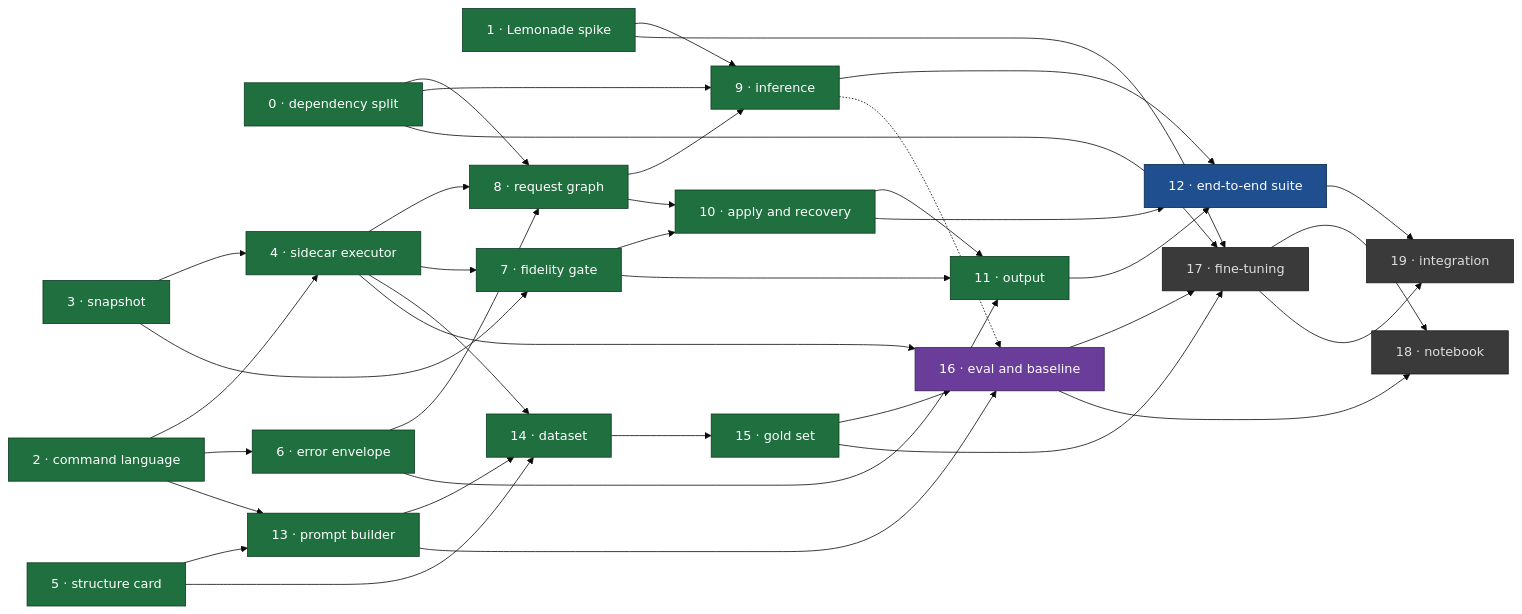
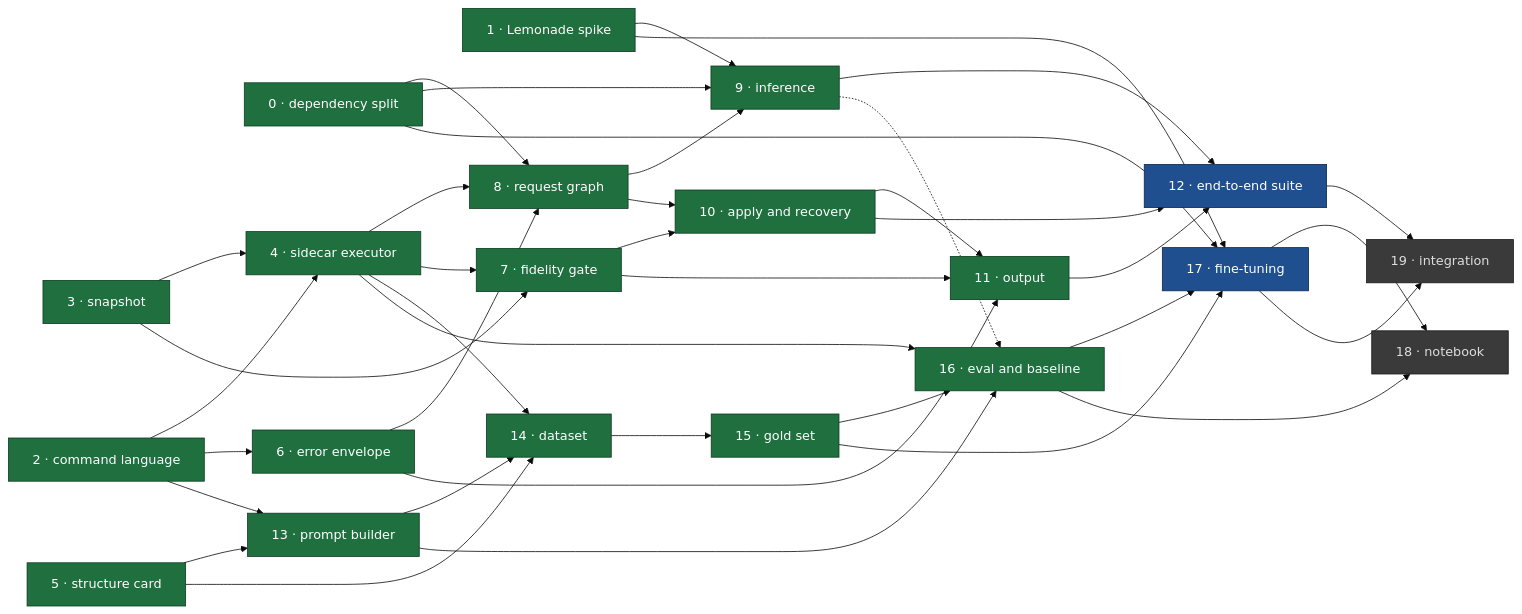
The diagram in docs/master_plan.md (urban233/pymol-copilot), drawn with Mermaid (base theme) before and after one commit. The commit also changed other lines of this file, not shown here.

Commit message:
docs(plan): Mark item 16 done as PR #58 and item 17 ready

````diff
--- a/docs/master_plan.md
+++ b/docs/master_plan.md
@@ -112,67 +112,67 @@
 ```mermaid
 flowchart LR
   classDef done fill:#1f6f3f,stroke:#0d3d22,color:#fff
   classDef review fill:#8a6d1a,stroke:#4d3c0c,color:#fff
   classDef ready fill:#1f4f8f,stroke:#0d2a4d,color:#fff
   classDef progress fill:#6a3d9a,stroke:#3a1f57,color:#fff
   classDef blocked fill:#3a3a3a,stroke:#1a1a1a,color:#ddd
 
   I0["0 · dependency split"]:::done
   I1["1 · Lemonade spike"]:::done
   I2["2 · command language"]:::done
   I3["3 · snapshot"]:::done
   I4["4 · sidecar executor"]:::done
   I5["5 · structure card"]:::done
   I6["6 · error envelope"]:::done
   I7["7 · fidelity gate"]:::done
   I8["8 · request graph"]:::done
   I9["9 · inference"]:::done
   I10["10 · apply and recovery"]:::done
   I11["11 · output"]:::done
   I12["12 · end-to-end suite"]:::ready
   I13["13 · prompt builder"]:::done
   I14["14 · dataset"]:::done
   I15["15 · gold set"]:::done
-  I16["16 · eval and baseline"]:::progress
-  I17["17 · fine-tuning"]:::blocked
+  I16["16 · eval and baseline"]:::done
+  I17["17 · fine-tuning"]:::ready
   I18["18 · notebook"]:::blocked
   I19["19 · integration"]:::blocked
 
   I2 --> I4
   I3 --> I4
   I2 --> I6
   I0 --> I8
   I4 --> I8
   I6 --> I8
   I3 --> I7
   I4 --> I7
   I0 --> I9
   I1 --> I9
   I8 --> I9
   I7 --> I10
   I8 --> I10
   I6 --> I11
   I7 --> I11
   I10 --> I11
   I9 --> I12
   I10 --> I12
   I11 --> I12
   I2 --> I13
   I5 --> I13
   I4 --> I14
   I5 --> I14
   I13 --> I14
   I14 --> I15
   I15 --> I16
   I13 --> I16
   I4 --> I16
   I9 -.-> I16
   I1 --> I17
   I0 --> I17
   I15 --> I17
   I16 --> I17
   I16 --> I18
   I17 --> I18
   I12 --> I19
   I17 --> I19
 ```
````
